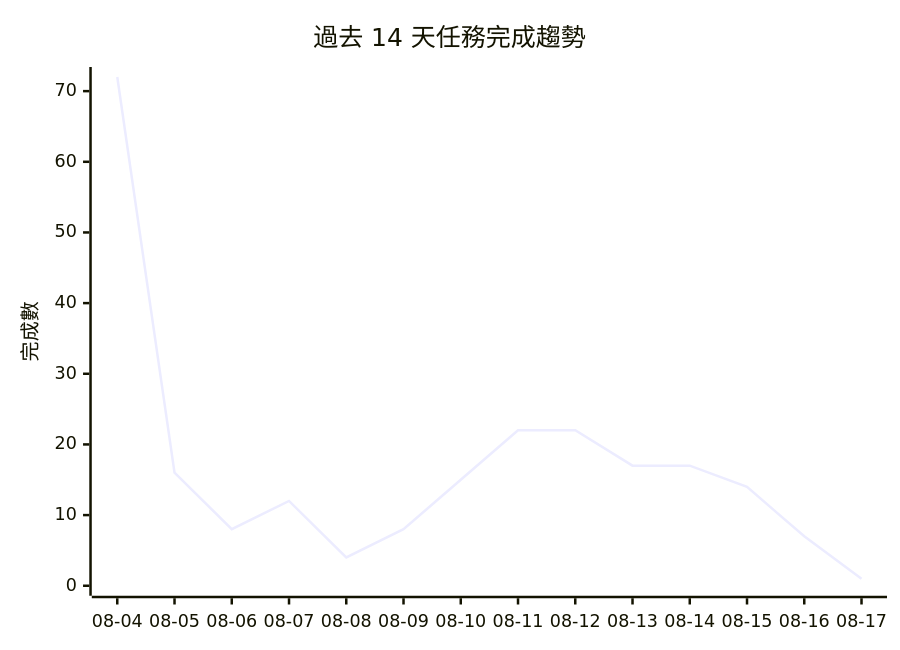
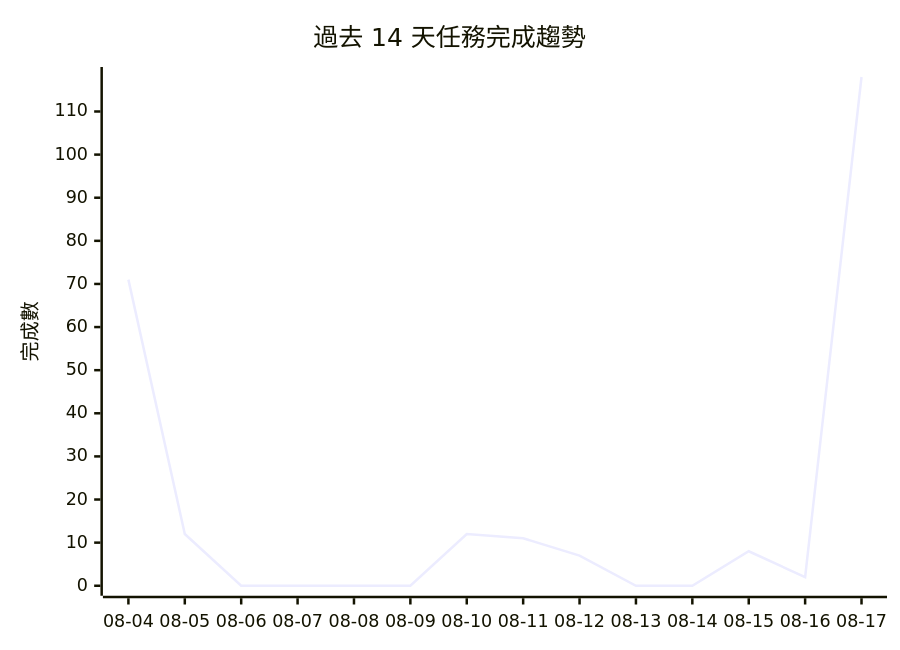
The diagram in PROJECTS.md (gentoobreaking/ai-tasks), drawn with Mermaid before and after one commit. The commit also changed other lines of this file and 181 other files, not shown here.

````diff
--- a/PROJECTS.md
+++ b/PROJECTS.md
@@ -130,7 +123,7 @@
 ```mermaid
 xychart-beta
     title "過去 14 天任務完成趨勢"
     x-axis ["08-04", "08-05", "08-06", "08-07", "08-08", "08-09", "08-10", "08-11", "08-12", "08-13", "08-14", "08-15", "08-16", "08-17"]
-    y-axis "完成數" 0 --> 72
-    line [72, 16, 8, 12, 4, 8, 15, 22, 22, 17, 17, 14, 7, 1]
+    y-axis "完成數" 0 --> 118
+    line [71, 12, 0, 0, 0, 0, 12, 11, 7, 0, 0, 8, 2, 118]
 ```
````
